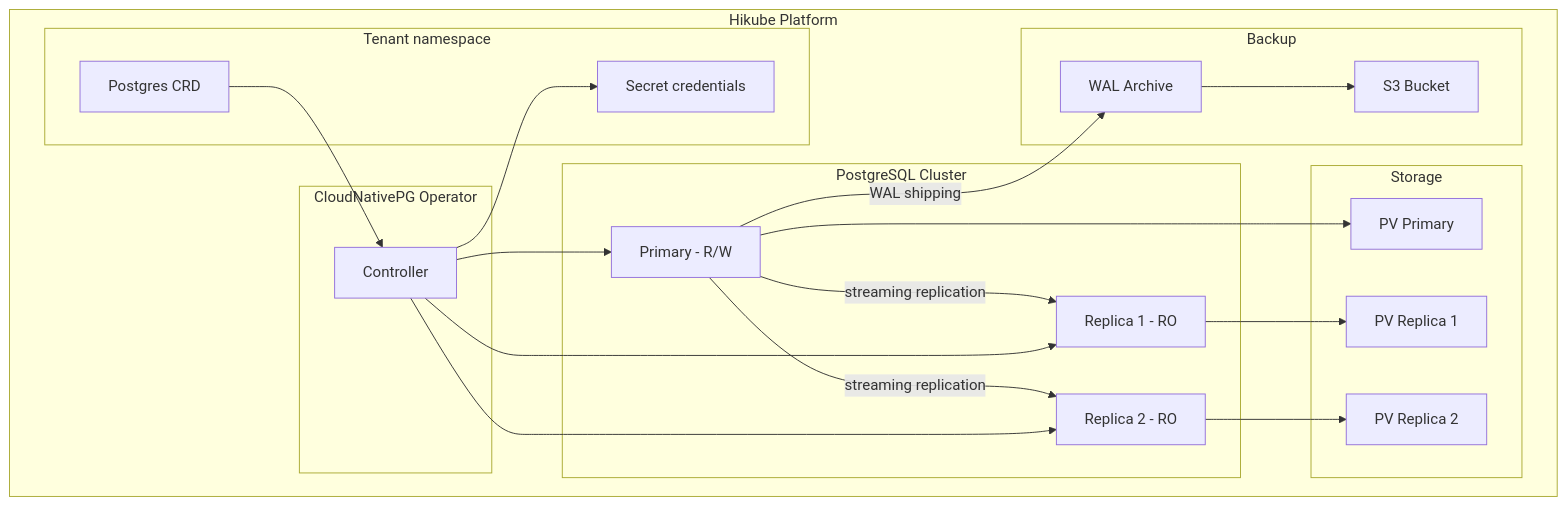
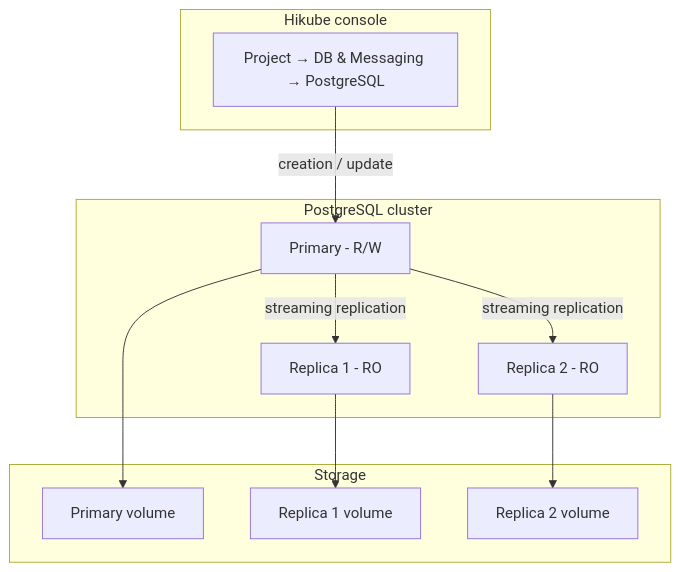
Before and after one commit to HidoraSwiss/hikube-public-doc: the first of 2 diagrams in i18n/en/docusaurus-plugin-content-docs/current/services/databases/postgresql/concepts.md, drawn with Mermaid. The commit also changed other lines of this file and 148 other files, not shown here.

````diff
--- a/i18n/en/docusaurus-plugin-content-docs/current/services/databases/postgresql/concepts.md
+++ b/i18n/en/docusaurus-plugin-content-docs/current/services/databases/postgresql/concepts.md
@@ -12,43 +12,25 @@
 ```mermaid
 graph TB
-    subgraph "Hikube Platform"
-        subgraph "Tenant namespace"
-            CR[Postgres CRD]
-            SEC[Secret credentials]
-        end
-
-        subgraph "CloudNativePG Operator"
-            OP[Controller]
-        end
-
-        subgraph "PostgreSQL Cluster"
-            P[Primary - R/W]
-            R1[Replica 1 - RO]
-            R2[Replica 2 - RO]
-        end
-
-        subgraph "Storage"
-            PV1[PV Primary]
-            PV2[PV Replica 1]
-            PV3[PV Replica 2]
-        end
-
-        subgraph "Backup"
-            S3[S3 Bucket]
-            WAL[WAL Archive]
-        end
+    subgraph "Hikube console"
+        UI[Project → DB & Messaging → PostgreSQL]
     end
 
-    CR --> OP
-    OP --> P
-    OP --> R1
-    OP --> R2
+    subgraph "PostgreSQL cluster"
+        P[Primary - R/W]
+        R1[Replica 1 - RO]
+        R2[Replica 2 - RO]
+    end
+
+    subgraph "Storage"
+        PV1[Primary volume]
+        PV2[Replica 1 volume]
+        PV3[Replica 2 volume]
+    end
+
+    UI -->|creation / update| P
     P -->|streaming replication| R1
     P -->|streaming replication| R2
     P --> PV1
     R1 --> PV2
     R2 --> PV3
-    P -->|WAL shipping| WAL
-    WAL --> S3
-    OP --> SEC
 ```
````
